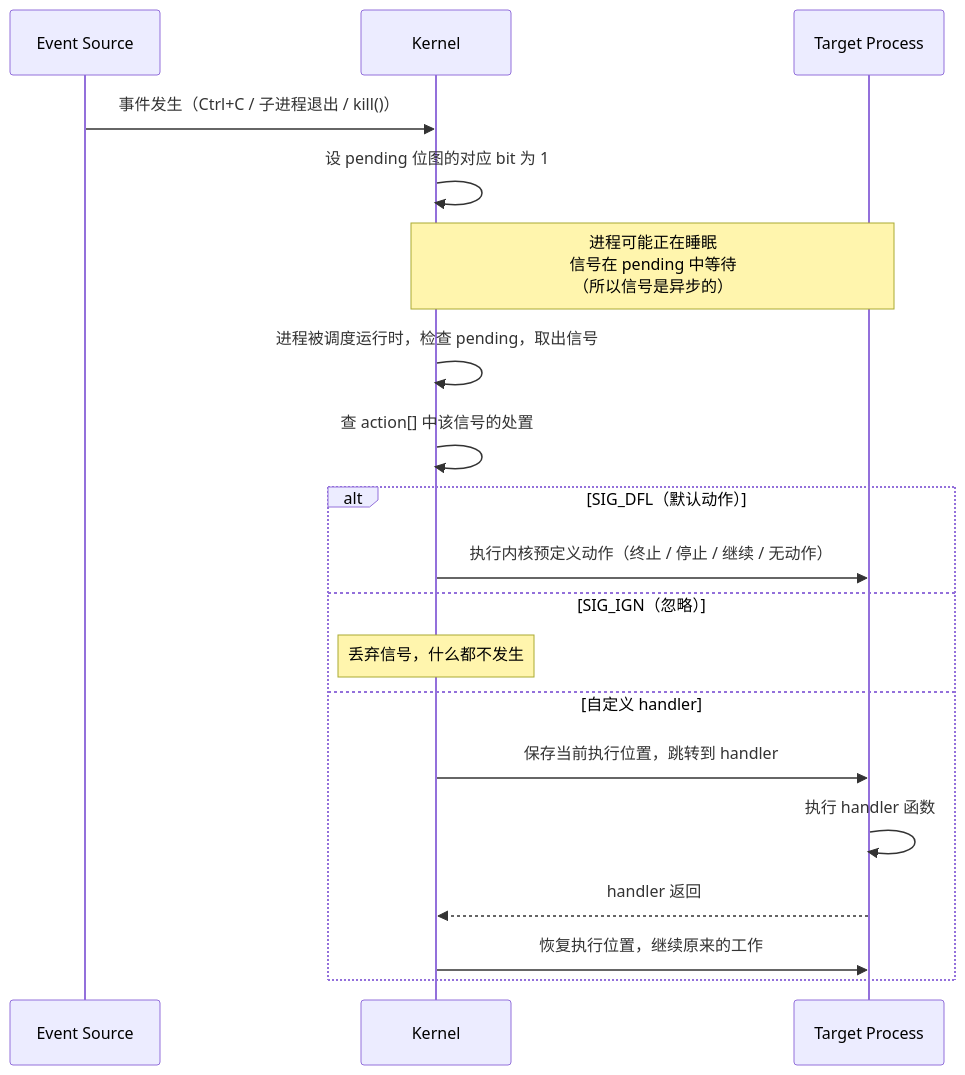
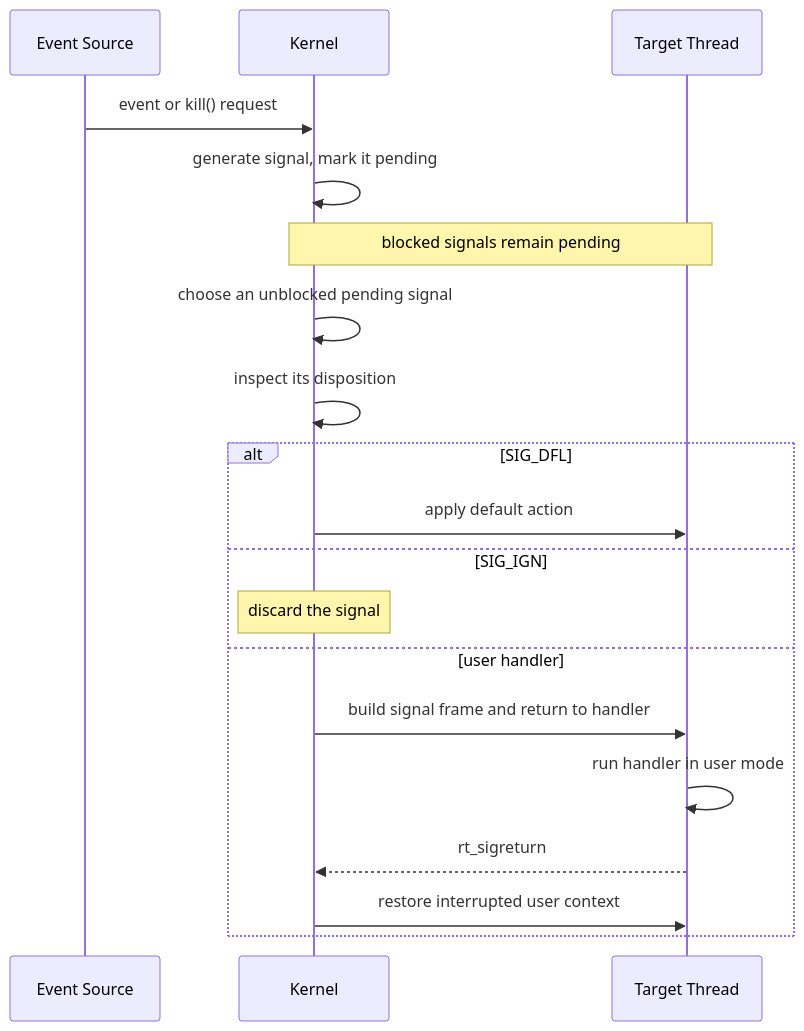
Before and after one commit to lilhammerfun/hands-on-os: the first of 2 diagrams in course/process/02-signal.md, drawn with Mermaid. The commit also changed other lines of this file and 44 other files, not shown here.

````diff
--- a/course/process/02-signal.md
+++ b/course/process/02-signal.md
@@ -45,25 +45,23 @@
 ```mermaid
 sequenceDiagram
     participant S as Event Source
     participant K as Kernel
-    participant P as Target Process
+    participant P as Target Thread
 
-    S->>K: 事件发生（Ctrl+C / 子进程退出 / kill()）
-    K->>K: 设 pending 位图的对应 bit 为 1
+    S->>K: event or kill() request
+    K->>K: generate signal, mark it pending
+    Note over K,P: blocked signals remain pending
+    K->>K: choose an unblocked pending signal
+    K->>K: inspect its disposition
 
-    Note over K,P: 进程可能正在睡眠<br/>信号在 pending 中等待<br/>（所以信号是异步的）
-
-    K->>K: 进程被调度运行时，检查 pending，取出信号
-    K->>K: 查 action[] 中该信号的处置
-
-    alt SIG_DFL（默认动作）
-        K->>P: 执行内核预定义动作（终止 / 停止 / 继续 / 无动作）
-    else SIG_IGN（忽略）
-        Note over K: 丢弃信号，什么都不发生
-    else 自定义 handler
-        K->>P: 保存当前执行位置，跳转到 handler
-        P->>P: 执行 handler 函数
-        P-->>K: handler 返回
-        K->>P: 恢复执行位置，继续原来的工作
+    alt SIG_DFL
+        K->>P: apply default action
+    else SIG_IGN
+        Note over K: discard the signal
+    else user handler
+        K->>P: build signal frame and return to handler
+        P->>P: run handler in user mode
+        P-->>K: rt_sigreturn
+        K->>P: restore interrupted user context
     end
 ```
````
